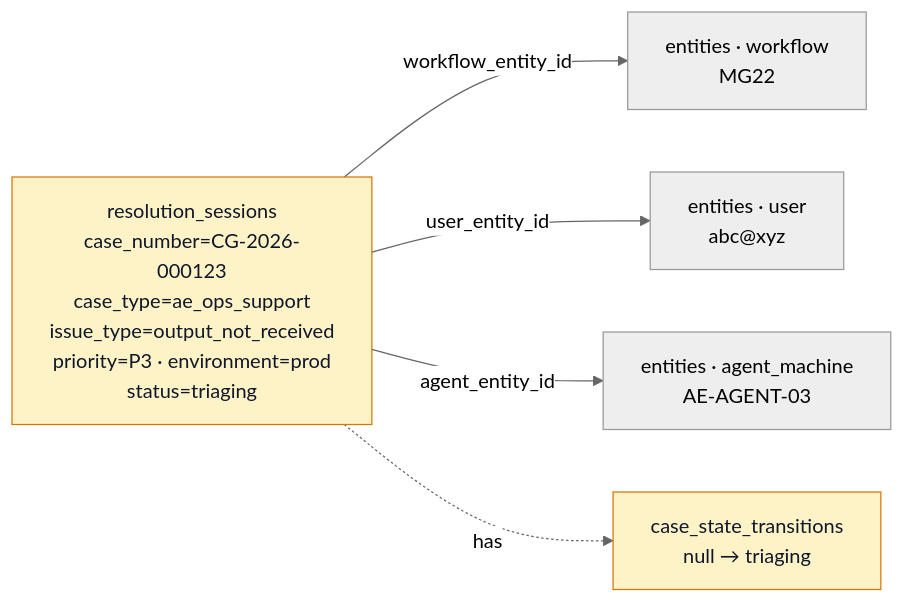
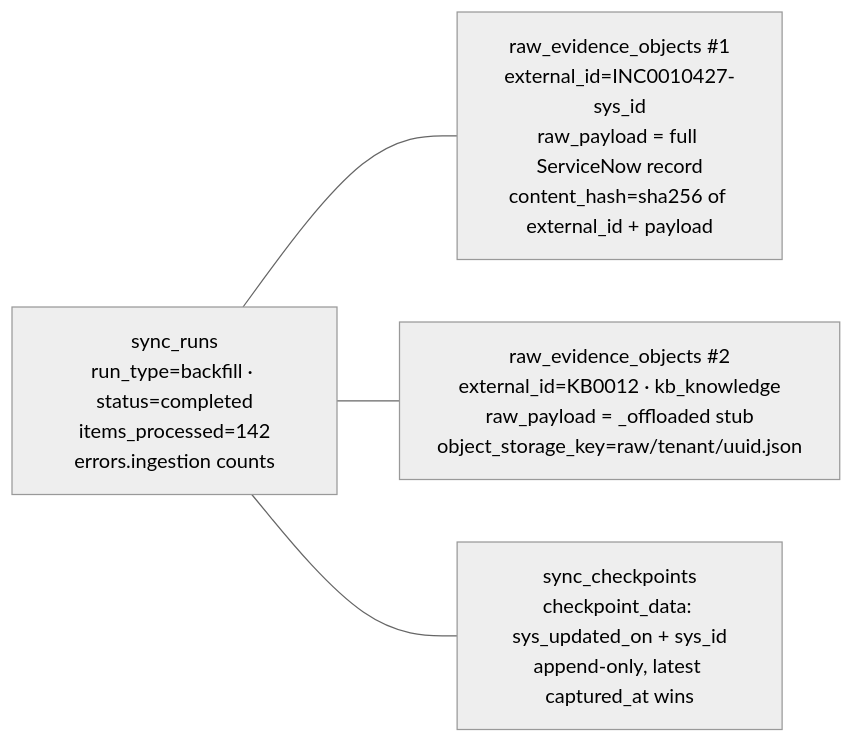
The third of 22 diagrams in docs/CONTEXT_GRAPH_WALKTHROUGH.md (Valuedx/ContextEdge), drawn with Mermaid (neutral theme) before and after one commit. The commit also changed other lines of this file and 48 other files, not shown here.

````diff
--- a/docs/CONTEXT_GRAPH_WALKTHROUGH.md
+++ b/docs/CONTEXT_GRAPH_WALKTHROUGH.md
@@ -64,17 +86,11 @@
 ```mermaid
 graph LR
-  CASE[resolution_sessions<br/>case_number=CG-2026-000123<br/>case_type=ae_ops_support<br/>issue_type=output_not_received<br/>priority=P3 · environment=prod<br/>status=triaging]
-  WF[entities · workflow<br/>MG22]
-  USR[entities · user<br/>abc@xyz]
-  AG[entities · agent_machine<br/>AE-AGENT-03]
+  RAW1[raw_evidence_objects #1<br/>external_id=INC0010427-sys_id<br/>raw_payload = full ServiceNow record<br/>content_hash=sha256 of external_id + payload]
+  RAW2[raw_evidence_objects #2<br/>external_id=KB0012 · kb_knowledge<br/>raw_payload = _offloaded stub<br/>object_storage_key=raw/tenant/uuid.json]
+  CKPT[sync_checkpoints<br/>checkpoint_data: sys_updated_on + sys_id<br/>append-only, latest captured_at wins]
+  RUN[sync_runs<br/>run_type=backfill · status=completed<br/>items_processed=142<br/>errors.ingestion counts]
 
-  CASE -- workflow_entity_id --> WF
-  CASE -- user_entity_id --> USR
-  CASE -- agent_entity_id --> AG
-
-  TR[case_state_transitions<br/>null → triaging]
-  CASE -. has .-> TR
-
-  classDef new fill:#fef3c7,stroke:#d97706,color:#0f172a;
-  class CASE,TR new;
+  RUN --- RAW1
+  RUN --- RAW2
+  RUN --- CKPT
 ```
````
